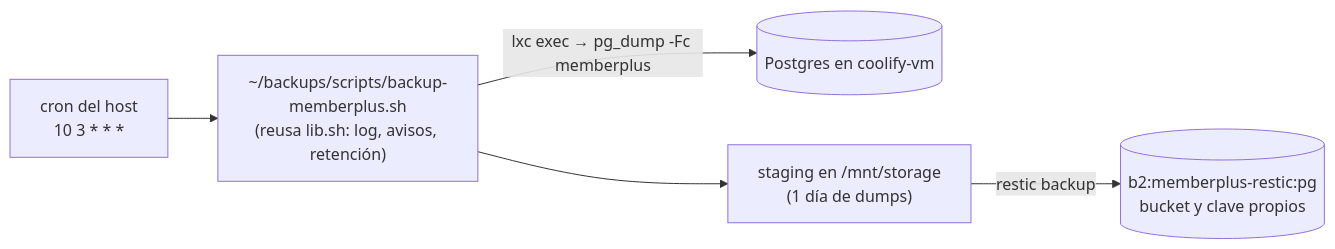
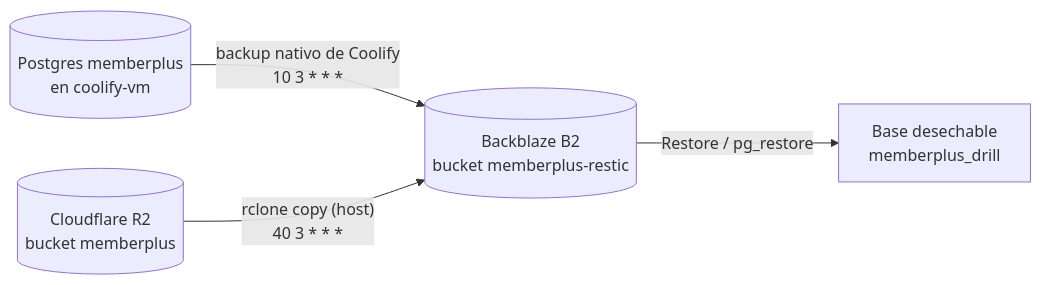
Before and after one commit to AGA-Studio/Member-Web: the diagram in docs/DEPLOY.md, drawn with Mermaid. The commit also changed other lines of this file and 2 other files, not shown here.

First line of the commit message:
docs: alinear los respaldos con la copia nativa de Coolify y la de objetos en B2

````diff
--- a/docs/DEPLOY.md
+++ b/docs/DEPLOY.md
@@ -303,7 +305,6 @@
 ```mermaid
 flowchart LR
-    CRON["cron del host<br/>10 3 * * *"] --> SH["~/backups/scripts/backup-memberplus.sh<br/>(reusa lib.sh: log, avisos, retención)"]
-    SH -->|"lxc exec → pg_dump -Fc memberplus"| PG[("Postgres en coolify-vm")]
-    SH --> STG["staging en /mnt/storage<br/>(1 día de dumps)"]
-    STG -->|"restic backup"| B2[("b2:memberplus-restic:pg<br/>bucket y clave propios")]
+    PG[("Postgres memberplus<br/>en coolify-vm")] -->|"backup nativo de Coolify<br/>10 3 * * *"| B2[("Backblaze B2<br/>bucket memberplus-restic")]
+    R2[("Cloudflare R2<br/>bucket memberplus")] -->|"rclone copy (host)<br/>40 3 * * *"| B2
+    B2 -->|"Restore / pg_restore"| DRILL["Base desechable<br/>memberplus_drill"]
 ```
````
